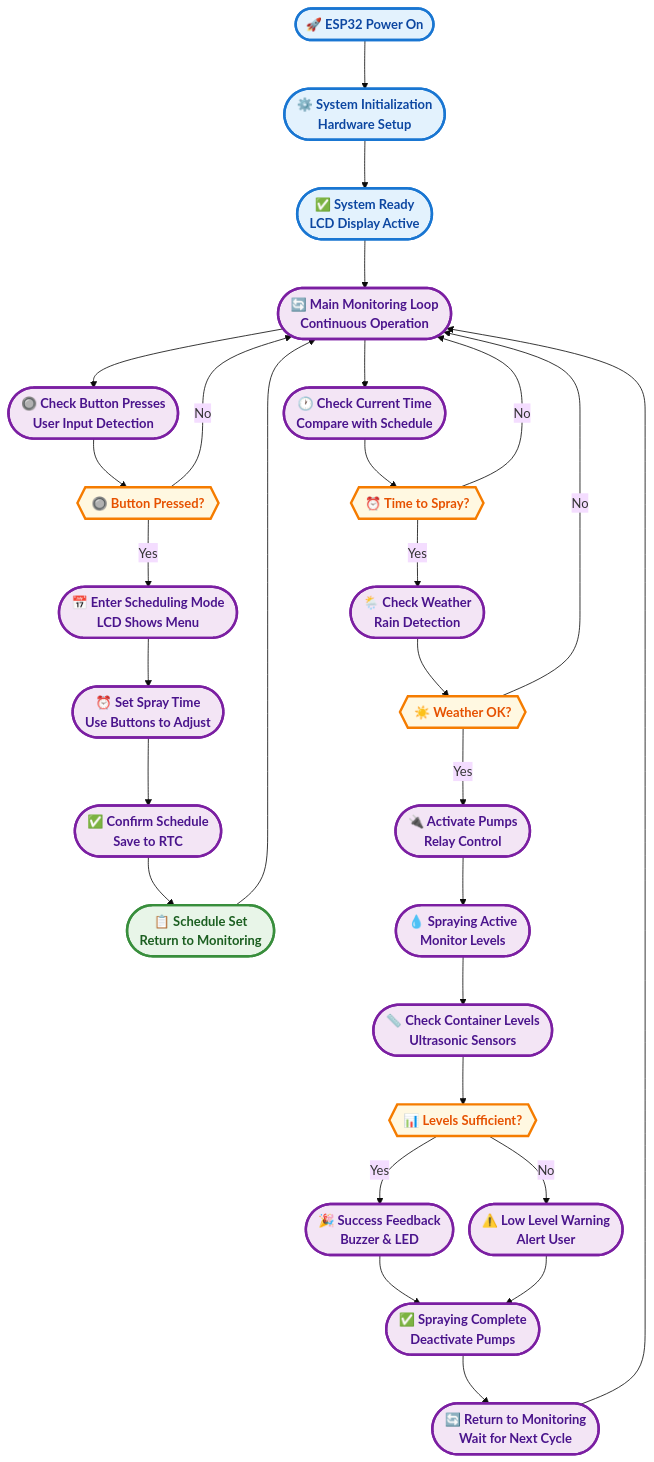
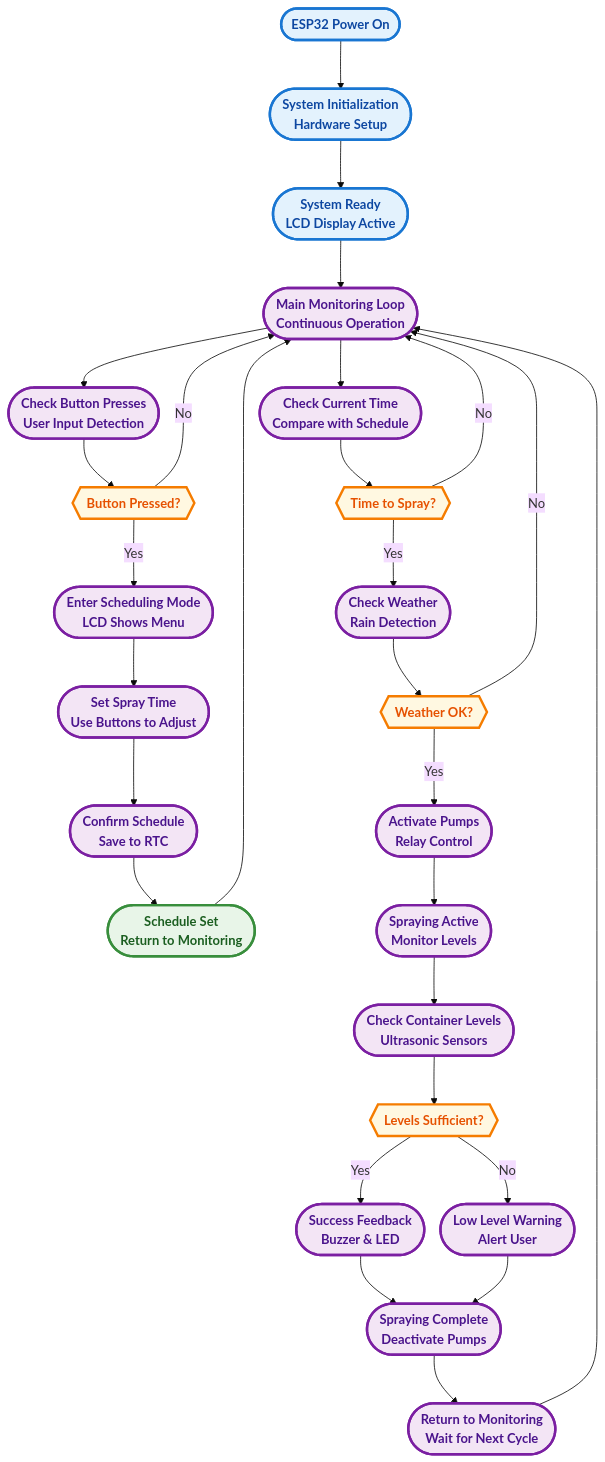
Before and after one commit to qppd/Smart-Sprayer: the diagram in diagram/SmartSprayer_Flowchart.md, drawn with Mermaid (base theme). The commit also changed 1 other file, not shown here.

Commit message:
Remove icons from flowchart and delete old flowchart file

```diff
--- a/diagram/SmartSprayer_Flowchart.md
+++ b/diagram/SmartSprayer_Flowchart.md
@@ -4,40 +4,40 @@
 %%{init: {'flowchart': {'nodeSpacing': 20, 'rankSpacing': 60}}}%%
 flowchart TD
     %% System Startup
-    START(["🚀 ESP32 Power On"])
-    SETUP(["⚙️ System Initialization<br/>Hardware Setup"])
-    READY(["✅ System Ready<br/>LCD Display Active"])
+    START(["ESP32 Power On"])
+    SETUP(["System Initialization<br/>Hardware Setup"])
+    READY(["System Ready<br/>LCD Display Active"])
 
     %% Main Monitoring Loop
-    MONITOR(["🔄 Main Monitoring Loop<br/>Continuous Operation"])
-    CHECK_BUTTONS(["🔘 Check Button Presses<br/>User Input Detection"])
-    BUTTON_PRESSED{{"🔘 Button Pressed?"}}
+    MONITOR(["Main Monitoring Loop<br/>Continuous Operation"])
+    CHECK_BUTTONS(["Check Button Presses<br/>User Input Detection"])
+    BUTTON_PRESSED{{"Button Pressed?"}}
 
     %% Scheduling Process
-    SCHEDULING_MODE(["📅 Enter Scheduling Mode<br/>LCD Shows Menu"])
-    SET_TIME(["⏰ Set Spray Time<br/>Use Buttons to Adjust"])
-    CONFIRM_TIME(["✅ Confirm Schedule<br/>Save to RTC"])
-    SCHEDULED(["📋 Schedule Set<br/>Return to Monitoring"])
+    SCHEDULING_MODE(["Enter Scheduling Mode<br/>LCD Shows Menu"])
+    SET_TIME(["Set Spray Time<br/>Use Buttons to Adjust"])
+    CONFIRM_TIME(["Confirm Schedule<br/>Save to RTC"])
+    SCHEDULED(["Schedule Set<br/>Return to Monitoring"])
 
     %% Time & Weather Check
-    CHECK_TIME(["🕐 Check Current Time<br/>Compare with Schedule"])
-    TIME_MATCH{{"⏰ Time to Spray?"}}
-    CHECK_WEATHER(["🌦️ Check Weather<br/>Rain Detection"])
-    WEATHER_OK{{"☀️ Weather OK?"}}
+    CHECK_TIME(["Check Current Time<br/>Compare with Schedule"])
+    TIME_MATCH{{"Time to Spray?"}}
+    CHECK_WEATHER(["Check Weather<br/>Rain Detection"])
+    WEATHER_OK{{"Weather OK?"}}
 
     %% Spray Activation
-    ACTIVATE_PUMPS(["🔌 Activate Pumps<br/>Relay Control"])
-    SPRAYING_ACTIVE(["💧 Spraying Active<br/>Monitor Levels"])
-    CHECK_LEVELS(["📏 Check Container Levels<br/>Ultrasonic Sensors"])
-    LEVELS_OK{{"📊 Levels Sufficient?"}}
+    ACTIVATE_PUMPS(["Activate Pumps<br/>Relay Control"])
+    SPRAYING_ACTIVE(["Spraying Active<br/>Monitor Levels"])
+    CHECK_LEVELS(["Check Container Levels<br/>Ultrasonic Sensors"])
+    LEVELS_OK{{"Levels Sufficient?"}}
 
     %% Feedback & Completion
-    SUCCESS_FEEDBACK(["🎉 Success Feedback<br/>Buzzer & LED"])
-    SPRAY_COMPLETE(["✅ Spraying Complete<br/>Deactivate Pumps"])
-    LOW_LEVEL_WARNING(["⚠️ Low Level Warning<br/>Alert User"])
+    SUCCESS_FEEDBACK(["Success Feedback<br/>Buzzer & LED"])
+    SPRAY_COMPLETE(["Spraying Complete<br/>Deactivate Pumps"])
+    LOW_LEVEL_WARNING(["Low Level Warning<br/>Alert User"])
 
     %% Return to Monitoring
-    RETURN_MONITOR(["🔄 Return to Monitoring<br/>Wait for Next Cycle"])
+    RETURN_MONITOR(["Return to Monitoring<br/>Wait for Next Cycle"])
 
     %% Flow Connections
     START --> SETUP
```
